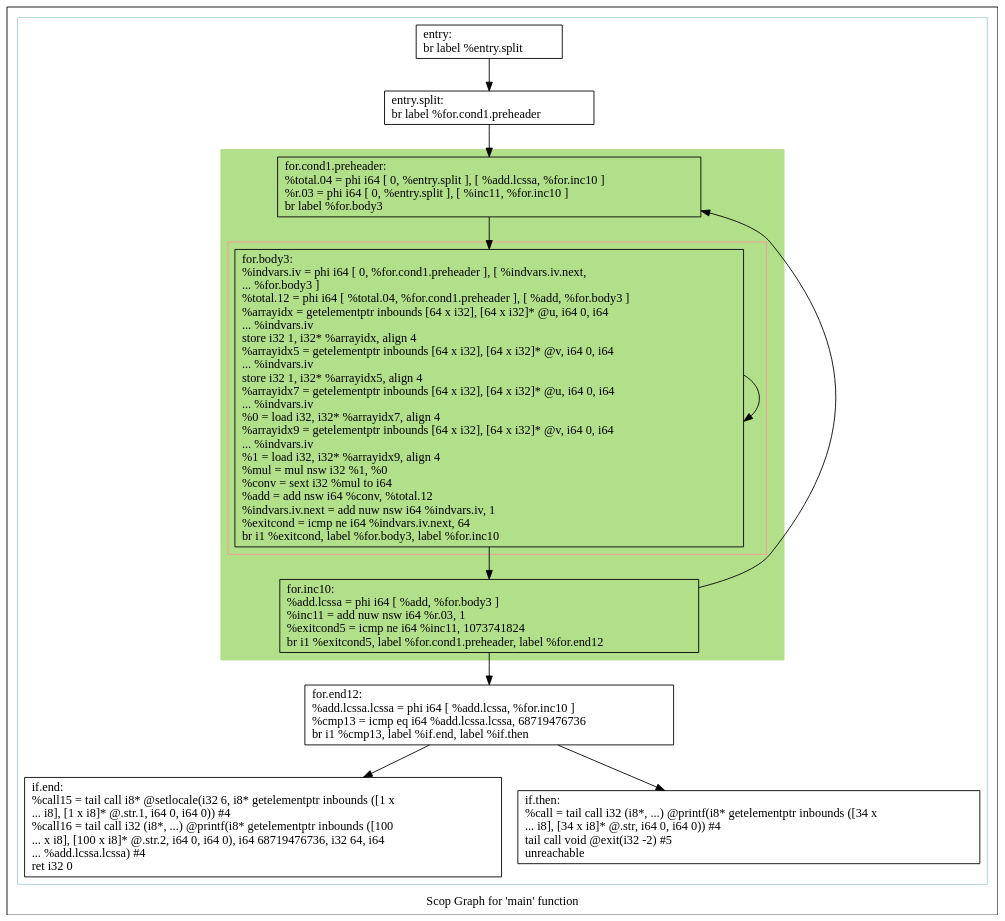
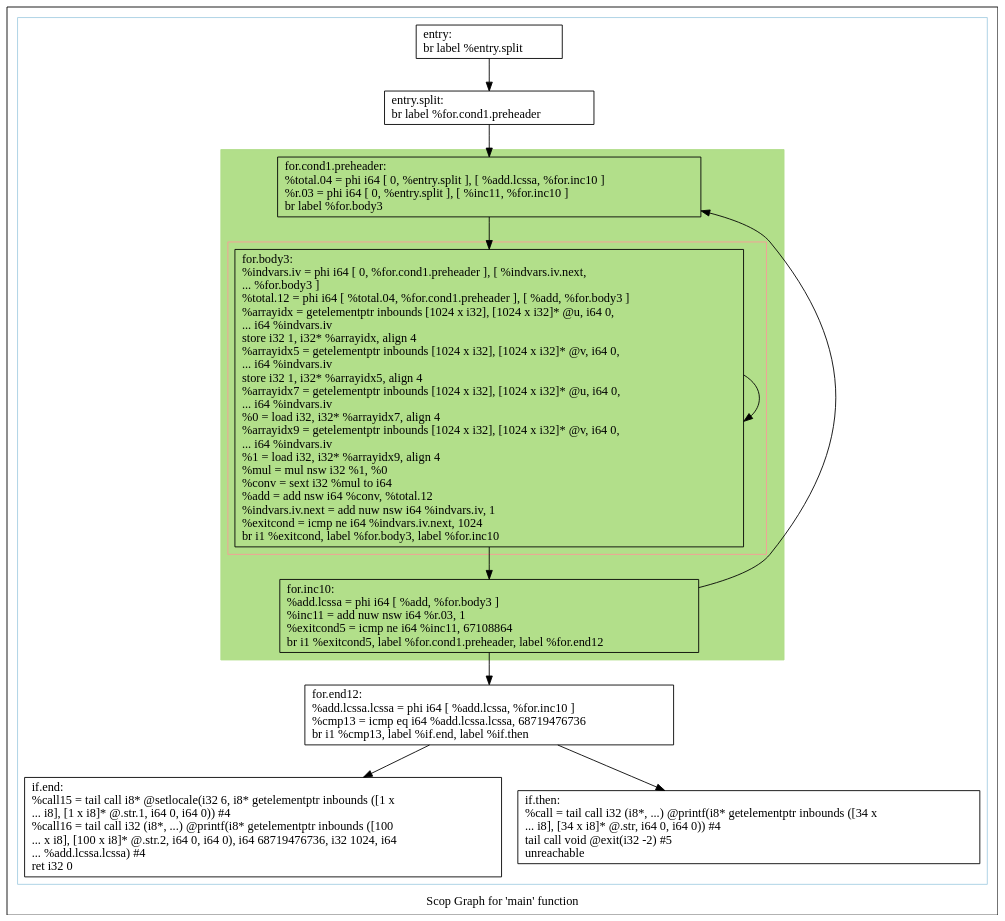
Before and after one commit to samminweng/WhileyOpenCL: the diagram in polly/VectorMult/impl/handwritten/dot/scops.main.dot, drawn with Graphviz. The commit also changed 26 other files, not shown here.

```diff
--- a/polly/VectorMult/impl/handwritten/dot/scops.main.dot
+++ b/polly/VectorMult/impl/handwritten/dot/scops.main.dot
@@ -1,44 +1,44 @@
 digraph "Scop Graph for 'main' function" {
 	label="Scop Graph for 'main' function";
 
-	Node0x664c1d0 [shape=record,label="{entry:\l  br label %entry.split\l}"];
-	Node0x664c1d0 -> Node0x664a5a0;
-	Node0x664a5a0 [shape=record,label="{entry.split:                                      \l  br label %for.cond1.preheader\l}"];
-	Node0x664a5a0 -> Node0x664a530;
-	Node0x664a530 [shape=record,label="{for.cond1.preheader:                              \l  %total.04 = phi i64 [ 0, %entry.split ], [ %add.lcssa, %for.inc10 ]\l  %r.03 = phi i64 [ 0, %entry.split ], [ %inc11, %for.inc10 ]\l  br label %for.body3\l}"];
-	Node0x664a530 -> Node0x664da80;
-	Node0x664da80 [shape=record,label="{for.body3:                                        \l  %indvars.iv = phi i64 [ 0, %for.cond1.preheader ], [ %indvars.iv.next,\l... %for.body3 ]\l  %total.12 = phi i64 [ %total.04, %for.cond1.preheader ], [ %add, %for.body3 ]\l  %arrayidx = getelementptr inbounds [64 x i32], [64 x i32]* @u, i64 0, i64\l... %indvars.iv\l  store i32 1, i32* %arrayidx, align 4\l  %arrayidx5 = getelementptr inbounds [64 x i32], [64 x i32]* @v, i64 0, i64\l... %indvars.iv\l  store i32 1, i32* %arrayidx5, align 4\l  %arrayidx7 = getelementptr inbounds [64 x i32], [64 x i32]* @u, i64 0, i64\l... %indvars.iv\l  %0 = load i32, i32* %arrayidx7, align 4\l  %arrayidx9 = getelementptr inbounds [64 x i32], [64 x i32]* @v, i64 0, i64\l... %indvars.iv\l  %1 = load i32, i32* %arrayidx9, align 4\l  %mul = mul nsw i32 %1, %0\l  %conv = sext i32 %mul to i64\l  %add = add nsw i64 %conv, %total.12\l  %indvars.iv.next = add nuw nsw i64 %indvars.iv, 1\l  %exitcond = icmp ne i64 %indvars.iv.next, 64\l  br i1 %exitcond, label %for.body3, label %for.inc10\l}"];
-	Node0x664da80 -> Node0x664da80[constraint=false];
-	Node0x664da80 -> Node0x664eb40;
-	Node0x664eb40 [shape=record,label="{for.inc10:                                        \l  %add.lcssa = phi i64 [ %add, %for.body3 ]\l  %inc11 = add nuw nsw i64 %r.03, 1\l  %exitcond5 = icmp ne i64 %inc11, 1073741824\l  br i1 %exitcond5, label %for.cond1.preheader, label %for.end12\l}"];
-	Node0x664eb40 -> Node0x664a530[constraint=false];
-	Node0x664eb40 -> Node0x664eb60;
-	Node0x664eb60 [shape=record,label="{for.end12:                                        \l  %add.lcssa.lcssa = phi i64 [ %add.lcssa, %for.inc10 ]\l  %cmp13 = icmp eq i64 %add.lcssa.lcssa, 68719476736\l  br i1 %cmp13, label %if.end, label %if.then\l}"];
-	Node0x664eb60 -> Node0x664ec40;
-	Node0x664eb60 -> Node0x664ec60;
-	Node0x664ec40 [shape=record,label="{if.end:                                           \l  %call15 = tail call i8* @setlocale(i32 6, i8* getelementptr inbounds ([1 x\l... i8], [1 x i8]* @.str.1, i64 0, i64 0)) #4\l  %call16 = tail call i32 (i8*, ...) @printf(i8* getelementptr inbounds ([100\l... x i8], [100 x i8]* @.str.2, i64 0, i64 0), i64 68719476736, i32 64, i64\l... %add.lcssa.lcssa) #4\l  ret i32 0\l}"];
-	Node0x664ec60 [shape=record,label="{if.then:                                          \l  %call = tail call i32 (i8*, ...) @printf(i8* getelementptr inbounds ([34 x\l... i8], [34 x i8]* @.str, i64 0, i64 0)) #4\l  tail call void @exit(i32 -2) #5\l  unreachable\l}"];
+	Node0x69991b0 [shape=record,label="{entry:\l  br label %entry.split\l}"];
+	Node0x69991b0 -> Node0x69996b0;
+	Node0x69996b0 [shape=record,label="{entry.split:                                      \l  br label %for.cond1.preheader\l}"];
+	Node0x69996b0 -> Node0x699a800;
+	Node0x699a800 [shape=record,label="{for.cond1.preheader:                              \l  %total.04 = phi i64 [ 0, %entry.split ], [ %add.lcssa, %for.inc10 ]\l  %r.03 = phi i64 [ 0, %entry.split ], [ %inc11, %for.inc10 ]\l  br label %for.body3\l}"];
+	Node0x699a800 -> Node0x6999630;
+	Node0x6999630 [shape=record,label="{for.body3:                                        \l  %indvars.iv = phi i64 [ 0, %for.cond1.preheader ], [ %indvars.iv.next,\l... %for.body3 ]\l  %total.12 = phi i64 [ %total.04, %for.cond1.preheader ], [ %add, %for.body3 ]\l  %arrayidx = getelementptr inbounds [1024 x i32], [1024 x i32]* @u, i64 0,\l... i64 %indvars.iv\l  store i32 1, i32* %arrayidx, align 4\l  %arrayidx5 = getelementptr inbounds [1024 x i32], [1024 x i32]* @v, i64 0,\l... i64 %indvars.iv\l  store i32 1, i32* %arrayidx5, align 4\l  %arrayidx7 = getelementptr inbounds [1024 x i32], [1024 x i32]* @u, i64 0,\l... i64 %indvars.iv\l  %0 = load i32, i32* %arrayidx7, align 4\l  %arrayidx9 = getelementptr inbounds [1024 x i32], [1024 x i32]* @v, i64 0,\l... i64 %indvars.iv\l  %1 = load i32, i32* %arrayidx9, align 4\l  %mul = mul nsw i32 %1, %0\l  %conv = sext i32 %mul to i64\l  %add = add nsw i64 %conv, %total.12\l  %indvars.iv.next = add nuw nsw i64 %indvars.iv, 1\l  %exitcond = icmp ne i64 %indvars.iv.next, 1024\l  br i1 %exitcond, label %for.body3, label %for.inc10\l}"];
+	Node0x6999630 -> Node0x6999630[constraint=false];
+	Node0x6999630 -> Node0x699a8b0;
+	Node0x699a8b0 [shape=record,label="{for.inc10:                                        \l  %add.lcssa = phi i64 [ %add, %for.body3 ]\l  %inc11 = add nuw nsw i64 %r.03, 1\l  %exitcond5 = icmp ne i64 %inc11, 67108864\l  br i1 %exitcond5, label %for.cond1.preheader, label %for.end12\l}"];
+	Node0x699a8b0 -> Node0x699a800[constraint=false];
+	Node0x699a8b0 -> Node0x699bc30;
+	Node0x699bc30 [shape=record,label="{for.end12:                                        \l  %add.lcssa.lcssa = phi i64 [ %add.lcssa, %for.inc10 ]\l  %cmp13 = icmp eq i64 %add.lcssa.lcssa, 68719476736\l  br i1 %cmp13, label %if.end, label %if.then\l}"];
+	Node0x699bc30 -> Node0x699bc50;
+	Node0x699bc30 -> Node0x699bdd0;
+	Node0x699bc50 [shape=record,label="{if.end:                                           \l  %call15 = tail call i8* @setlocale(i32 6, i8* getelementptr inbounds ([1 x\l... i8], [1 x i8]* @.str.1, i64 0, i64 0)) #4\l  %call16 = tail call i32 (i8*, ...) @printf(i8* getelementptr inbounds ([100\l... x i8], [100 x i8]* @.str.2, i64 0, i64 0), i64 68719476736, i32 1024, i64\l... %add.lcssa.lcssa) #4\l  ret i32 0\l}"];
+	Node0x699bdd0 [shape=record,label="{if.then:                                          \l  %call = tail call i32 (i8*, ...) @printf(i8* getelementptr inbounds ([34 x\l... i8], [34 x i8]* @.str, i64 0, i64 0)) #4\l  tail call void @exit(i32 -2) #5\l  unreachable\l}"];
 	colorscheme = "paired12"
-        subgraph cluster_0x663dae0 {
+        subgraph cluster_0x698aad0 {
           label = "";
           style = solid;
           color = 1
-          subgraph cluster_0x663dcf0 {
+          subgraph cluster_0x698b700 {
             label = "";
             style = filled;
-            color = 3            subgraph cluster_0x663de80 {
+            color = 3            subgraph cluster_0x698ae60 {
               label = "";
               style = solid;
               color = 5
-              Node0x664da80;
+              Node0x6999630;
             }
-            Node0x664a530;
-            Node0x664eb40;
+            Node0x699a800;
+            Node0x699a8b0;
           }
-          Node0x664c1d0;
-          Node0x664a5a0;
-          Node0x664eb60;
-          Node0x664ec40;
-          Node0x664ec60;
+          Node0x69991b0;
+          Node0x69996b0;
+          Node0x699bc30;
+          Node0x699bc50;
+          Node0x699bdd0;
         }
 }
```
